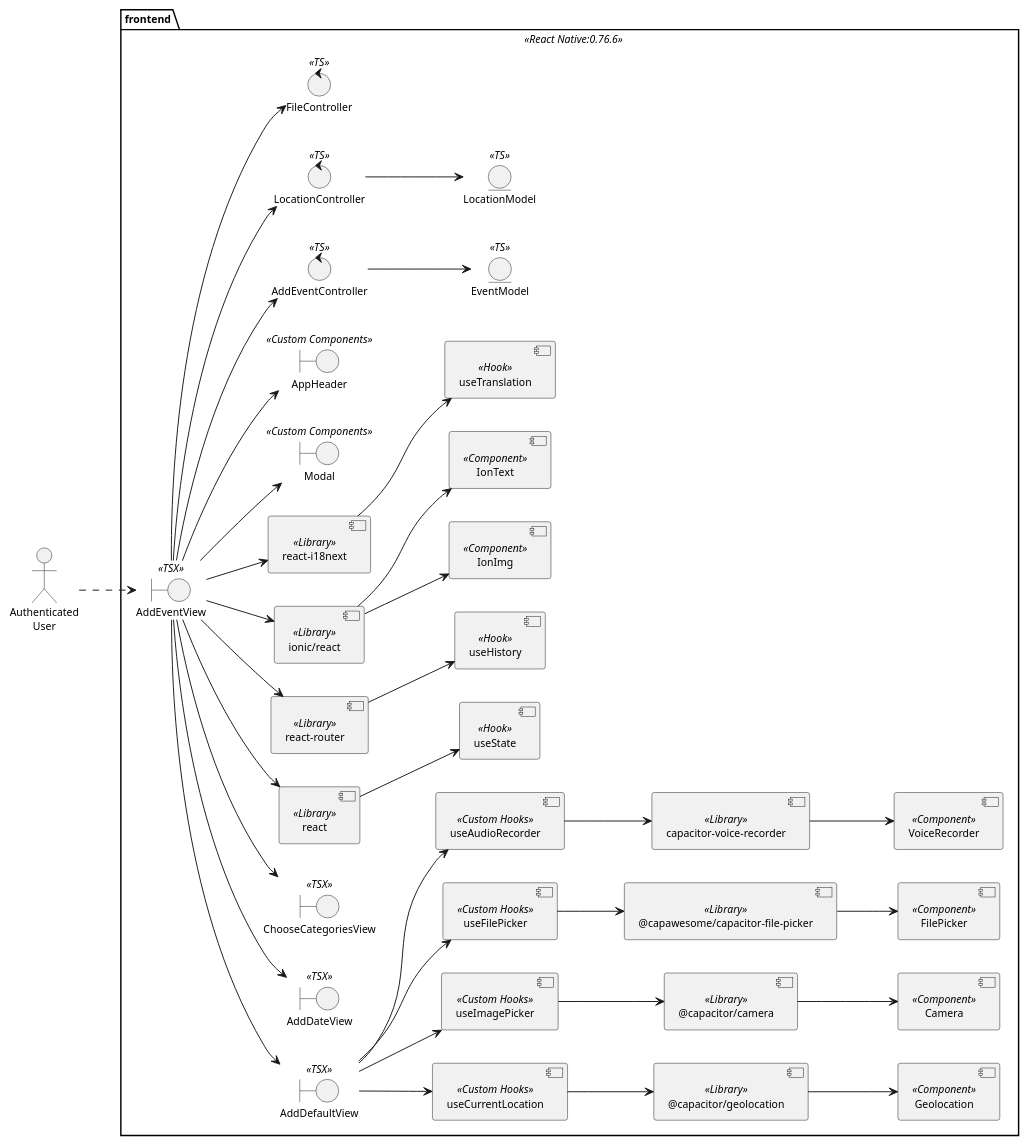
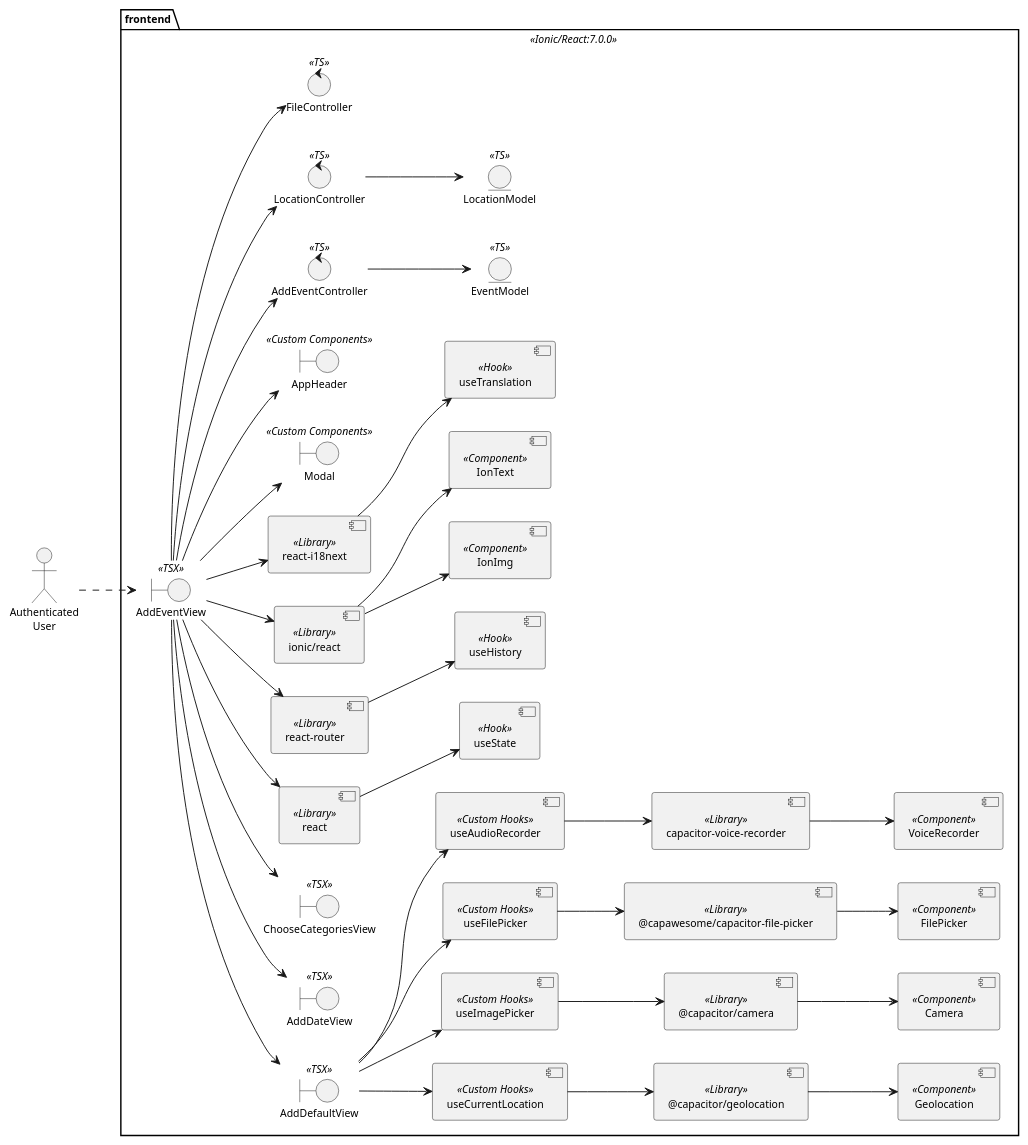
The diagram in Diseño/Ionic/UC 6 Diseño/DesignClassDiagram.plantuml (valeraruggierotesisucv/tesis-frameworks-mobile-diagrams), drawn with PlantUML before and after one commit. The commit also changed 15 other files, not shown here.

Commit message:
fix de los diagramas

```diff
--- a/Diseño/Ionic/UC 6 Diseño/DesignClassDiagram.plantuml
+++ b/Diseño/Ionic/UC 6 Diseño/DesignClassDiagram.plantuml
@@ -1,116 +1,116 @@
 @startuml DesignClassDiagram
 skinparam style strictuml
 skinparam defaultTextAlignment center
 skinparam defaultFontSize 11
 left to right direction
 actor "Authenticated\nUser" as UserReg
 
 
-package frontend <<React Native:0.76.6>>{
+package frontend << Ionic/React:7.0.0 >>{
     boundary "AddEventView" as addEventView << TSX >>
     boundary "AddDefaultView" as AddDefaultView << TSX >>
     boundary "AddDateView" as AddDateView << TSX >>
     boundary "ChooseCategoriesView" as ChooseCategoriesView << TSX >>
 
     component "react" as React << Library >>
     component "useState" as useState << Hook >>
 
     component "react-router" as ReactRouter << Library >>
     component "useHistory" as useHistory << Hook >>
 
     component "ionic/react" as IonicReact << Library >>
     component "IonImg" as IonImg << Component >>
     component "IonText" as IonText << Component >>
 
     component "react-i18next" as ReactI18next << Library >>
     component "useTranslation" as useTranslation << Hook >>
 
     boundary "Modal" as Modal << Custom Components >>
     boundary "AppHeader" as AppHeader << Custom Components >>
 
     component "useCurrentLocation" as useCurrentLocation << Custom Hooks >>
     component "@capacitor/geolocation" as CapacitorGeolocation << Library >>
     component "Geolocation" as Geolocation << Component >>
 
     component "useImagePicker" as useImagePicker << Custom Hooks >>
     component "@capacitor/camera" as CapacitorCamera << Library >>
     component "Camera" as Camera << Component >>
     
     component "useFilePicker" as useFilePicker << Custom Hooks >>
     component "@capawesome/capacitor-file-picker" as CapacitorFilePicker << Library >>
     component "FilePicker" as FilePicker << Component >>
     
     component "useAudioRecorder" as useAudioRecorder << Custom Hooks >>
     component "capacitor-voice-recorder" as CapacitorVoiceRecorder << Library >>
     component "VoiceRecorder" as VoiceRecorder << Component >>
 
     control "AddEventController" as AddEventController << TS >>
     control "LocationController" as LocationController << TS >>
     control "FileController" as FileController << TS >>
 
     entity "EventModel" as EventModel << TS >>
     entity "LocationModel" as LocationModel << TS >>
 }
 
 ' Frontend View Hierarchy
 addEventView --> AddDefaultView 
 addEventView --> AddDateView 
 addEventView --> ChooseCategoriesView 
 addEventView --> ReactRouter
 addEventView --> IonicReact
 
 'React Router
 ReactRouter --> useHistory
 
 'Ionic React
 IonicReact --> IonImg
 IonicReact --> IonText
 
 
 ' View Components
 addEventView --> ReactI18next
 addEventView --> React
 addEventView --> Modal
 addEventView --> AppHeader
 
 'AddDefaultView 
 AddDefaultView --> useImagePicker
 AddDefaultView --> useFilePicker
 AddDefaultView --> useAudioRecorder
 AddDefaultView --> useCurrentLocation
 
 'useAudioRecorder
 useAudioRecorder --> CapacitorVoiceRecorder
 CapacitorVoiceRecorder --> VoiceRecorder
 
 'useFilePicker
 useFilePicker --> CapacitorFilePicker
 CapacitorFilePicker --> FilePicker
 
 'useImagePicker
 useImagePicker --> CapacitorCamera
 CapacitorCamera --> Camera
 
 'useCurrentLocation
 useCurrentLocation --> CapacitorGeolocation
 CapacitorGeolocation --> Geolocation
 
 ' React
 React --> useState
 
 ' Controller relationships
 addEventView --> AddEventController
 addEventView --> LocationController
 addEventView --> FileController
 
 AddEventController --> EventModel
 LocationController --> LocationModel
 
 ' Translation
 ReactI18next --> useTranslation
 
 ' User interaction
 UserReg ..> addEventView
 
 
 @enduml
```
